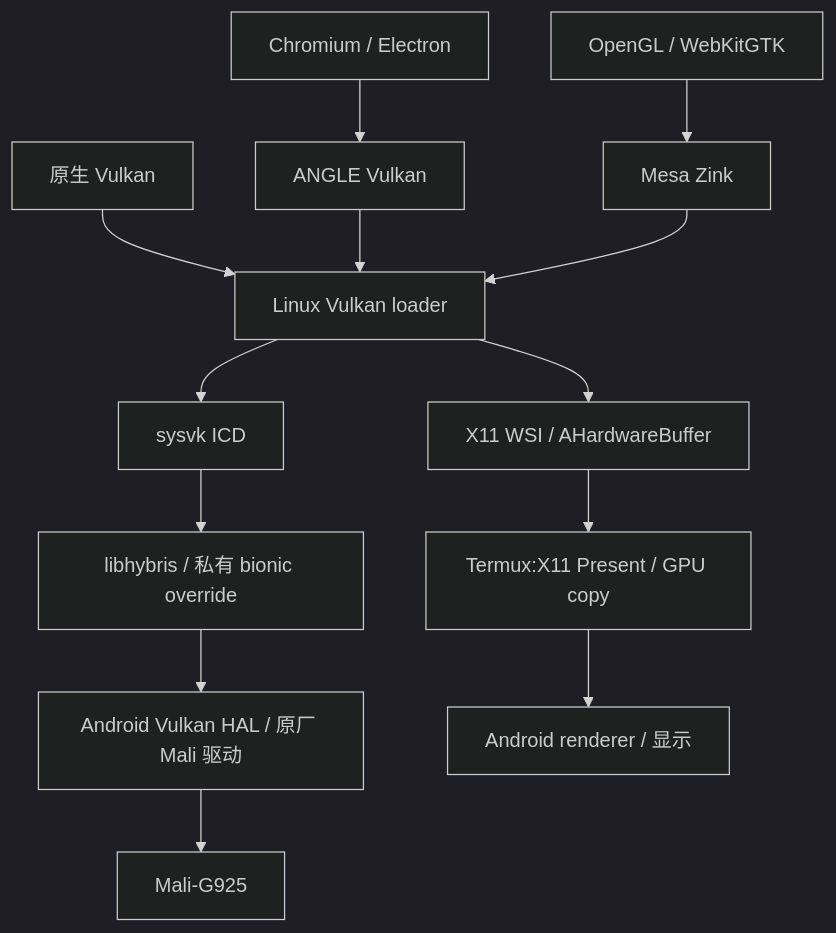
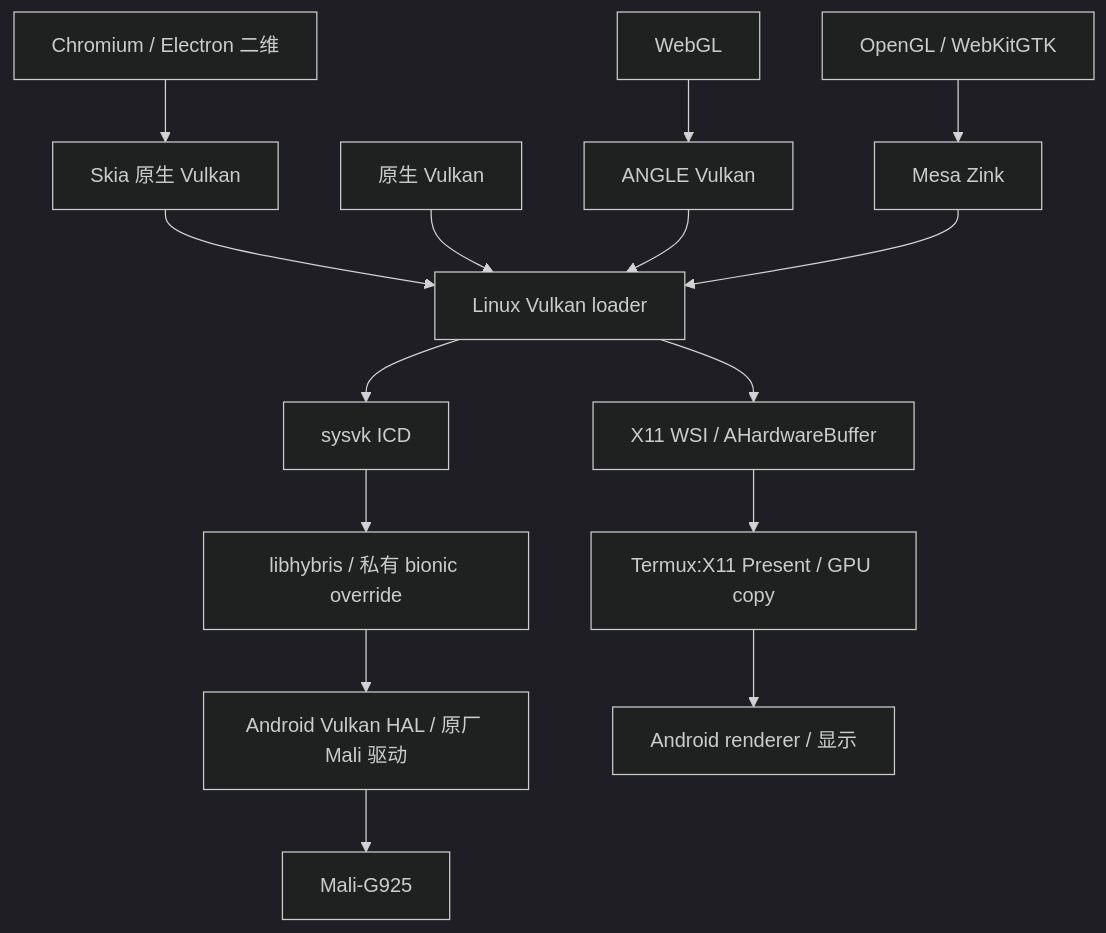
Before and after one commit to Liuxin4950/xiaomi-pad7spro-linux-gpu: the first of 2 diagrams in docs/architecture.md, drawn with Mermaid (dark theme). The commit also changed other lines of this file and 31 other files, not shown here.

````diff
--- a/docs/architecture.md
+++ b/docs/architecture.md
@@ -7,15 +9,17 @@
 ```mermaid
 flowchart TD
-    A[Chromium / Electron] --> B[ANGLE Vulkan]
+    A[Chromium / Electron 二维] --> S[Skia 原生 Vulkan]
+    W[WebGL] --> B[ANGLE Vulkan]
+    S --> F
     C[OpenGL / WebKitGTK] --> D[Mesa Zink]
     E[原生 Vulkan] --> F[Linux Vulkan loader]
     B --> F
     D --> F
     F --> G[sysvk ICD]
     G --> H[libhybris / 私有 bionic override]
     H --> I[Android Vulkan HAL / 原厂 Mali 驱动]
     I --> J[Mali-G925]
     F --> K[X11 WSI / AHardwareBuffer]
     K --> L[Termux:X11 Present / GPU copy]
     L --> M[Android renderer / 显示]
 ```
````
